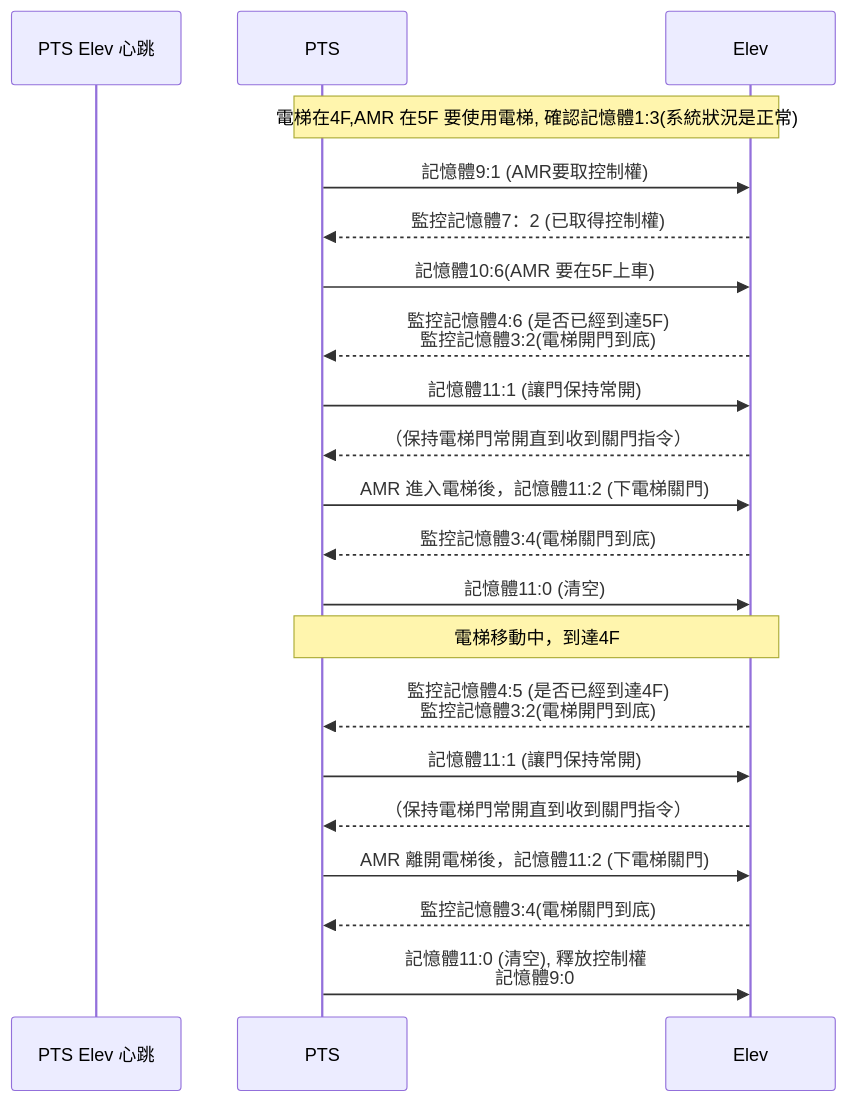
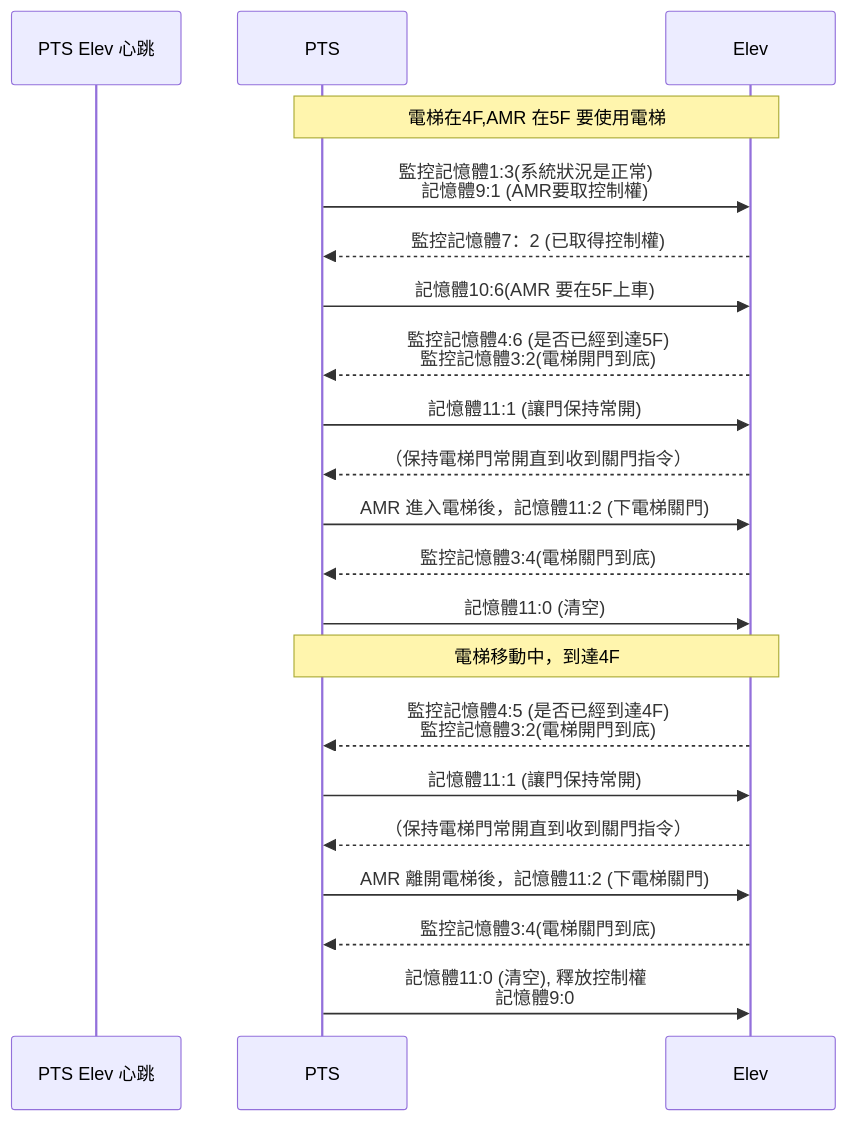
Before and after one commit to athena-tircgo/amr-elev-Zhunan: the second of 2 diagrams in README.md, drawn with Mermaid.

````diff
--- a/README.md
+++ b/README.md
@@ -23,26 +23,26 @@
 ```mermaid
 sequenceDiagram
 
     participant PTS Elev 心跳
     participant PTS
     participant Elev
 
- note over PTS,Elev: 電梯在4F,AMR 在5F 要使用電梯, 確認記憶體1:3(系統狀況是正常)
-        PTS->>Elev:記憶體9:1 (AMR要取控制權)
+ note over PTS,Elev: 電梯在4F,AMR 在5F 要使用電梯
+        PTS->>Elev:監控記憶體1:3(系統狀況是正常)　<br>記憶體9:1 (AMR要取控制權)
         Elev-->>PTS:監控記憶體7：2 (已取得控制權)
         PTS->>Elev: 記憶體10:6(AMR 要在5F上車)
         Elev-->>PTS:監控記憶體4:6 (是否已經到達5F) <BR> 監控記憶體3:2(電梯開門到底)
         PTS->>Elev: 記憶體11:1 (讓門保持常開)
         Elev-->>PTS:（保持電梯門常開直到收到關門指令）　　
         PTS->>Elev: AMR 進入電梯後，記憶體11:2 (下電梯關門)
         Elev-->>PTS: 監控記憶體3:4(電梯關門到底)
         PTS->>Elev: 記憶體11:0 (清空)
  note over PTS,Elev: 電梯移動中，到達4F
 　　　　　Elev-->>PTS: 監控記憶體4:5 (是否已經到達4F) <BR> 監控記憶體3:2(電梯開門到底)
         PTS->>Elev: 記憶體11:1 (讓門保持常開)
         Elev-->>PTS:（保持電梯門常開直到收到關門指令）　　　
         PTS->>Elev: AMR 離開電梯後，記憶體11:2 (下電梯關門)
         Elev-->>PTS: 監控記憶體3:4(電梯關門到底)
         PTS->>Elev: 記憶體11:0 (清空), 釋放控制權　<br>記憶體9:0 
 　　　　　
 ```
````
